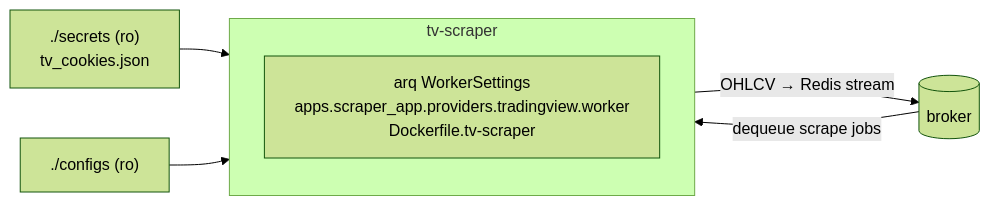
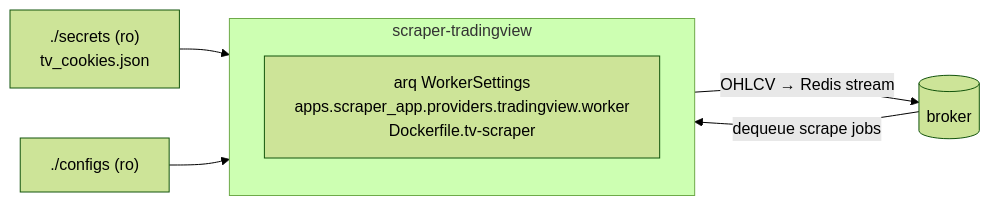
The eighth of 11 diagrams in docs/docker_topology.md (transparentCode/flipperAgent), drawn with Mermaid (forest theme) before and after one commit. The commit also changed other lines of this file and 4 other files, not shown here.

````diff
--- a/docs/docker_topology.md
+++ b/docs/docker_topology.md
@@ -281,10 +281,10 @@
 ```mermaid
 graph LR
     BRK[(broker)] -->|dequeue scrape jobs| TV
-    subgraph TV["tv-scraper"]
+    subgraph TV["scraper-tradingview"]
         ARQ2["arq WorkerSettings\napps.scraper_app.providers.tradingview.worker\nDockerfile.tv-scraper"]
     end
     TV -->|OHLCV → Redis stream| BRK
     SEC["./secrets (ro)\ntv_cookies.json"] --> TV
     CFG["./configs (ro)"] --> TV
 ```
````
